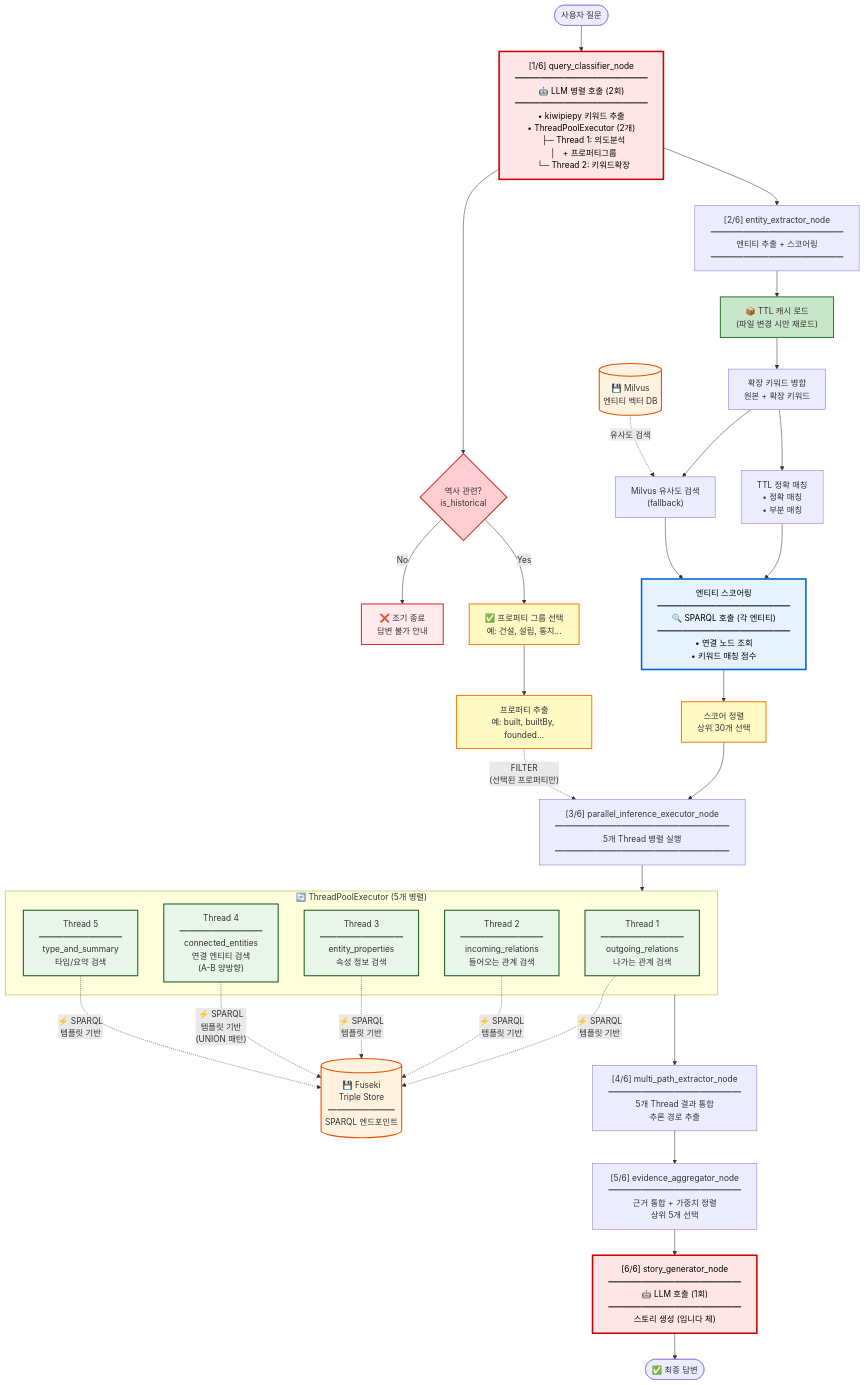
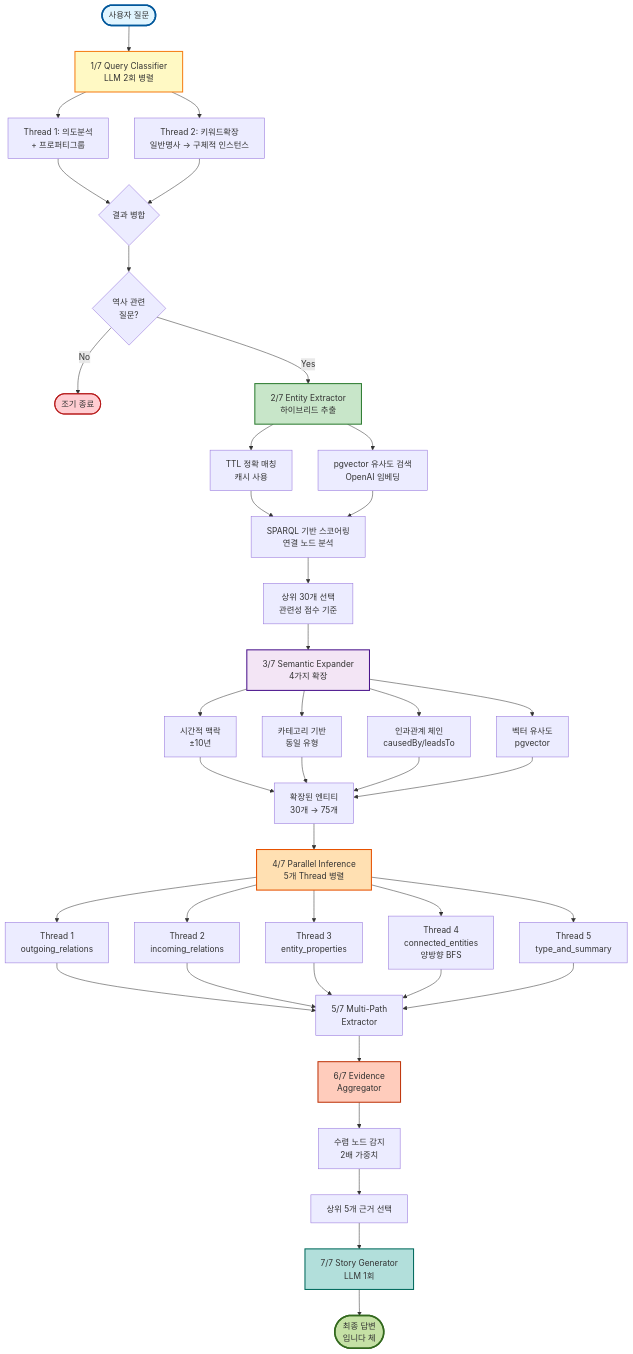
The first of 5 diagrams in backend/ontology_langgraph_structure/docs/README.md (SKNETWORKS-FAMILY-AICAMP/SKN18-FINAL-3TEAM), drawn with Mermaid before and after one commit. The commit also changed other lines of this file and 13 other files, not shown here.

````diff
--- a/backend/ontology_langgraph_structure/docs/README.md
+++ b/backend/ontology_langgraph_structure/docs/README.md
@@ -5,74 +5,67 @@
 ```mermaid
 graph TD
-    Start([사용자 질문]) --> QueryClassifier["[1/6] query_classifier_node<br/>━━━━━━━━━━━━━━━━<br/>🤖 LLM 병렬 호출 (2회)<br/>━━━━━━━━━━━━━━━━<br/>• kiwipiepy 키워드 추출<br/>• ThreadPoolExecutor (2개)<br/>  ├─ Thread 1: 의도분석<br/>  │   + 프로퍼티그룹<br/>  └─ Thread 2: 키워드확장"]
+    Start([사용자 질문]) --> Classifier[1/7 Query Classifier<br/>LLM 2회 병렬]
 
-    QueryClassifier --> HistoryCheck{역사 관련?<br/>is_historical}
+    Classifier --> Thread1[Thread 1: 의도분석<br/>+ 프로퍼티그룹]
+    Classifier --> Thread2[Thread 2: 키워드확장<br/>일반명사 → 구체적 인스턴스]
 
-    HistoryCheck -->|No| EarlyExit["❌ 조기 종료<br/>답변 불가 안내"]
-    HistoryCheck -->|Yes| PropGroups["✅ 프로퍼티 그룹 선택<br/>예: 건설, 설립, 통치..."]
+    Thread1 --> Merge1{결과 병합}
+    Thread2 --> Merge1
 
-    PropGroups --> PropList["프로퍼티 추출<br/>예: built, builtBy, founded..."]
+    Merge1 --> HistCheck{역사 관련<br/>질문?}
+    HistCheck -->|No| Exit([조기 종료])
+    HistCheck -->|Yes| Extractor[2/7 Entity Extractor<br/>하이브리드 추출]
 
-    QueryClassifier --> EntityExtractor["[2/6] entity_extractor_node<br/>━━━━━━━━━━━━━━━━<br/>엔티티 추출 + 스코어링<br/>━━━━━━━━━━━━━━━━"]
+    Extractor --> TTL[TTL 정확 매칭<br/>캐시 사용]
+    Extractor --> PGVector[pgvector 유사도 검색<br/>OpenAI 임베딩]
 
-    EntityExtractor --> TTLCache["📦 TTL 캐시 로드<br/>(파일 변경 시만 재로드)"]
-    TTLCache --> KeywordMerge["확장 키워드 병합<br/>원본 + 확장 키워드"]
+    TTL --> Scoring[SPARQL 기반 스코어링<br/>연결 노드 분석]
+    PGVector --> Scoring
 
-    KeywordMerge --> TTLMatch["TTL 정확 매칭<br/>• 정확 매칭<br/>• 부분 매칭"]
-    KeywordMerge --> MilvusSearch["Milvus 유사도 검색<br/>(fallback)"]
+    Scoring --> Top30[상위 30개 선택<br/>관련성 점수 기준]
 
-    TTLMatch --> EntityScore["엔티티 스코어링<br/>━━━━━━━━━━━━━━━━<br/>🔍 SPARQL 호출 (각 엔티티)<br/>━━━━━━━━━━━━━━━━<br/>• 연결 노드 조회<br/>• 키워드 매칭 점수"]
-    MilvusSearch --> EntityScore
+    Top30 --> Expander[3/7 Semantic Expander<br/>4가지 확장]
 
-    MilvusDB[("💾 Milvus<br/>엔티티 벡터 DB")] -.->|유사도 검색| MilvusSearch
+    Expander --> Temporal[시간적 맥락<br/>±10년]
+    Expander --> Category[카테고리 기반<br/>동일 유형]
+    Expander --> Causal[인과관계 체인<br/>causedBy/leadsTo]
+    Expander --> Vector[벡터 유사도<br/>pgvector]
 
-    EntityScore --> EntitySort["스코어 정렬<br/>상위 30개 선택"]
+    Temporal --> Expanded[확장된 엔티티<br/>30개 → 75개]
+    Category --> Expanded
+    Causal --> Expanded
+    Vector --> Expanded
 
-    EntitySort --> ParallelNode["[3/6] parallel_inference_executor_node<br/>━━━━━━━━━━━━━━━━━━━━━<br/>5개 Thread 병렬 실행<br/>━━━━━━━━━━━━━━━━━━━━━"]
+    Expanded --> Parallel[4/7 Parallel Inference<br/>5개 Thread 병렬]
 
-    PropList -.->|"FILTER<br/>(선택된 프로퍼티만)"| ParallelNode
+    Parallel --> T1[Thread 1<br/>outgoing_relations]
+    Parallel --> T2[Thread 2<br/>incoming_relations]
+    Parallel --> T3[Thread 3<br/>entity_properties]
+    Parallel --> T4[Thread 4<br/>connected_entities<br/>양방향 BFS]
+    Parallel --> T5[Thread 5<br/>type_and_summary]
 
-    subgraph ThreadPool["🔄 ThreadPoolExecutor (5개 병렬)"]
-        Thread1["Thread 1<br/>━━━━━━━━━━<br/>outgoing_relations<br/>나가는 관계 검색"]
-        Thread2["Thread 2<br/>━━━━━━━━━━<br/>incoming_relations<br/>들어오는 관계 검색"]
-        Thread3["Thread 3<br/>━━━━━━━━━━<br/>entity_properties<br/>속성 정보 검색"]
-        Thread4["Thread 4<br/>━━━━━━━━━━<br/>connected_entities<br/>연결 엔티티 검색<br/>(A-B 양방향)"]
-        Thread5["Thread 5<br/>━━━━━━━━━━<br/>type_and_summary<br/>타입/요약 검색"]
-    end
+    T1 --> Merge2[5/7 Multi-Path<br/>Extractor]
+    T2 --> Merge2
+    T3 --> Merge2
+    T4 --> Merge2
+    T5 --> Merge2
 
-    ParallelNode --> ThreadPool
+    Merge2 --> Aggregator[6/7 Evidence<br/>Aggregator]
 
-    Thread1 -.->|"⚡ SPARQL<br/>템플릿 기반"| Fuseki[("💾 Fuseki<br/>Triple Store<br/>━━━━━━━━<br/>SPARQL 엔드포인트")]
-    Thread2 -.->|"⚡ SPARQL<br/>템플릿 기반"| Fuseki
-    Thread3 -.->|"⚡ SPARQL<br/>템플릿 기반"| Fuseki
-    Thread4 -.->|"⚡ SPARQL<br/>템플릿 기반<br/>(UNION 패턴)"| Fuseki
-    Thread5 -.->|"⚡ SPARQL<br/>템플릿 기반"| Fuseki
+    Aggregator --> Convergence[수렴 노드 감지<br/>2배 가중치]
+    Convergence --> Top5[상위 5개 근거 선택]
 
-    ThreadPool --> PathExtractor["[4/6] multi_path_extractor_node<br/>━━━━━━━━━━━━━━━━<br/>5개 Thread 결과 통합<br/>추론 경로 추출"]
+    Top5 --> Generator[7/7 Story Generator<br/>LLM 1회]
 
-    PathExtractor --> EvidenceAgg["[5/6] evidence_aggregator_node<br/>━━━━━━━━━━━━━━━━<br/>근거 통합 + 가중치 정렬<br/>상위 5개 선택"]
+    Generator --> Answer([최종 답변<br/>입니다 체])
 
-    EvidenceAgg --> StoryGen["[6/6] story_generator_node<br/>━━━━━━━━━━━━━━━━<br/>🤖 LLM 호출 (1회)<br/>━━━━━━━━━━━━━━━━<br/>스토리 생성 (입니다 체)"]
-
-    StoryGen --> Output([✅ 최종 답변])
-
-    %% 스타일
-    classDef llmNode fill:#ffe6e6,stroke:#cc0000,stroke-width:3px,color:#000
-    classDef sparqlNode fill:#e6f3ff,stroke:#0066cc,stroke-width:3px,color:#000
-    classDef dbNode fill:#fff3e0,stroke:#e65100,stroke-width:2px
-    classDef parallelNode fill:#e8f5e9,stroke:#1b5e20,stroke-width:2px
-    classDef vectorNode fill:#fce4ec,stroke:#880e4f,stroke-width:3px
-    classDef cacheNode fill:#c8e6c9,stroke:#2e7d32,stroke-width:2px
-    classDef scoreNode fill:#fff9c4,stroke:#f57f17,stroke-width:2px
-    classDef checkNode fill:#ffcdd2,stroke:#c62828,stroke-width:2px
-    classDef exitNode fill:#ffebee,stroke:#d32f2f,stroke-width:2px
-
-    class QueryClassifier,StoryGen llmNode
-    class EntityScore sparqlNode
-    class Fuseki,MilvusDB dbNode
-    class Thread1,Thread2,Thread3,Thread4,Thread5 parallelNode
-    class TTLCache cacheNode
-    class PropGroups,PropList,EntitySort scoreNode
-    class HistoryCheck checkNode
-    class EarlyExit exitNode
+    style Start fill:#e1f5ff,stroke:#01579b,stroke-width:3px
+    style Classifier fill:#fff9c4,stroke:#f57f17,stroke-width:2px
+    style Extractor fill:#c8e6c9,stroke:#2e7d32,stroke-width:2px
+    style Expander fill:#f3e5f5,stroke:#4a148c,stroke-width:2px
+    style Parallel fill:#ffe0b2,stroke:#e65100,stroke-width:2px
+    style Aggregator fill:#ffccbc,stroke:#bf360c,stroke-width:2px
+    style Generator fill:#b2dfdb,stroke:#00695c,stroke-width:2px
+    style Answer fill:#c5e1a5,stroke:#33691e,stroke-width:3px
+    style Exit fill:#ffcdd2,stroke:#b71c1c,stroke-width:2px
 ```
````
